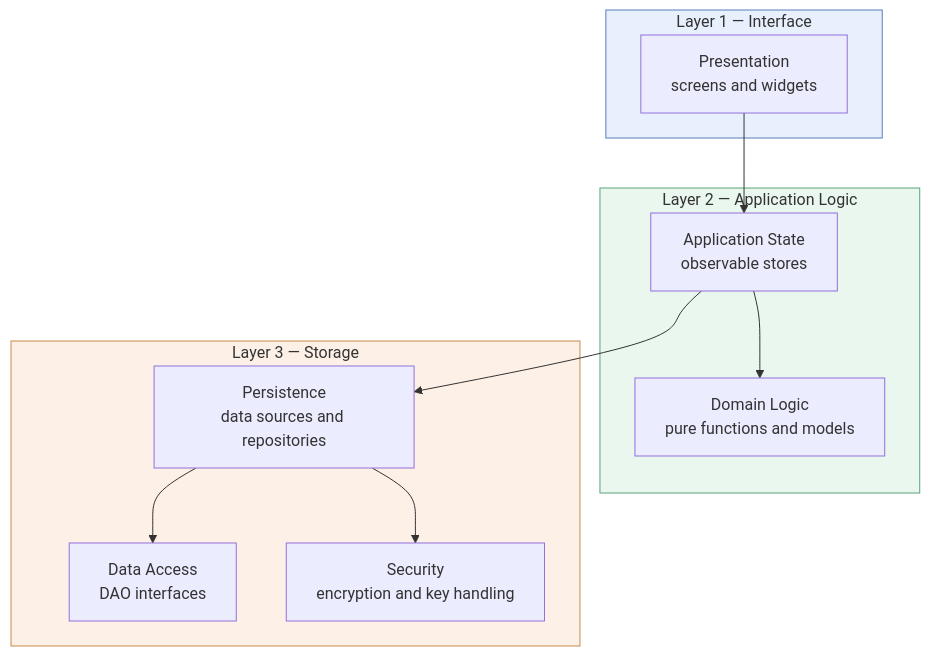
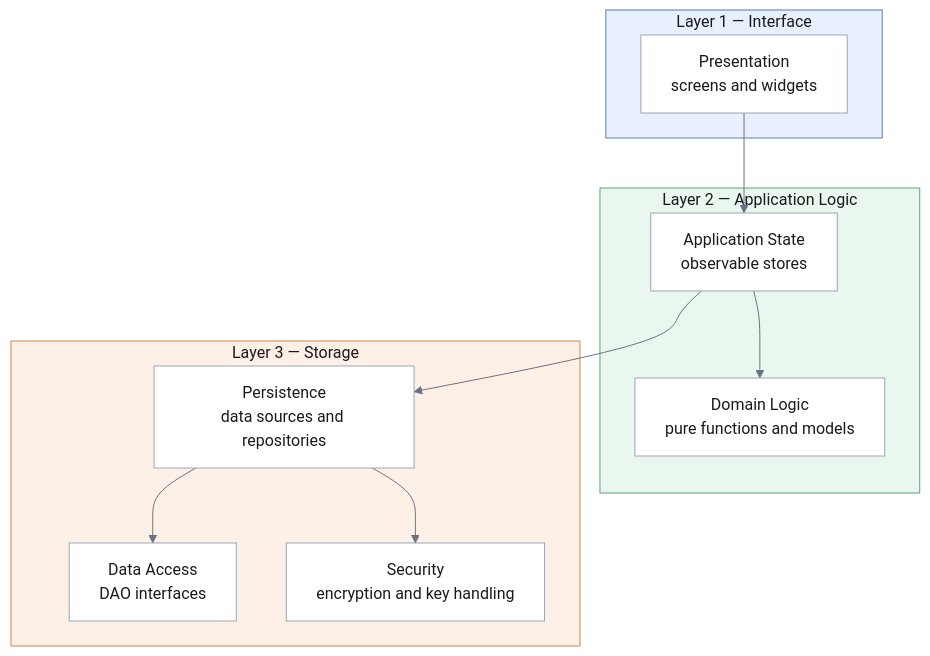
The diagram in docs/sdd/proposed-architecture/overview.md (Simo-2004/TravelMate-docs), drawn with Mermaid before and after one commit. The commit also changed other lines of this file and 3 other files, not shown here.

````diff
--- a/docs/sdd/proposed-architecture/overview.md
+++ b/docs/sdd/proposed-architecture/overview.md
@@ -7,25 +7,26 @@
 ```mermaid
+%%{init: {'theme':'base','themeVariables':{'primaryTextColor':'#1a1a1a','textColor':'#1a1a1a','titleColor':'#1a1a1a','nodeTextColor':'#1a1a1a','lineColor':'#6b7280','clusterBkg':'#f7f9fc','clusterBorder':'#9aa5b8','primaryColor':'#ffffff','primaryBorderColor':'#9aa5b8'}}}%%
 flowchart TD
     subgraph L1["Layer 1 — Interface"]
         P["Presentation<br/>screens and widgets"]
     end
     subgraph L2["Layer 2 — Application Logic"]
         S["Application State<br/>observable stores"]
         D["Domain Logic<br/>pure functions and models"]
     end
     subgraph L3["Layer 3 — Storage"]
         R["Persistence<br/>data sources and repositories"]
         A["Data Access<br/>DAO interfaces"]
         X["Security<br/>encryption and key handling"]
     end
 
     P --> S
     S --> D
     S --> R
     R --> A
     R --> X
 
-    style L1 fill:#e8f0fe,stroke:#5b7cba
-    style L2 fill:#e9f7ef,stroke:#5ba37c
-    style L3 fill:#fdf0e6,stroke:#c98a4b
+    style L1 fill:#e8f0fe,stroke:#5b7cba,color:#1a1a1a
+    style L2 fill:#e9f7ef,stroke:#5ba37c,color:#1a1a1a
+    style L3 fill:#fdf0e6,stroke:#c98a4b,color:#1a1a1a
 ```
````
